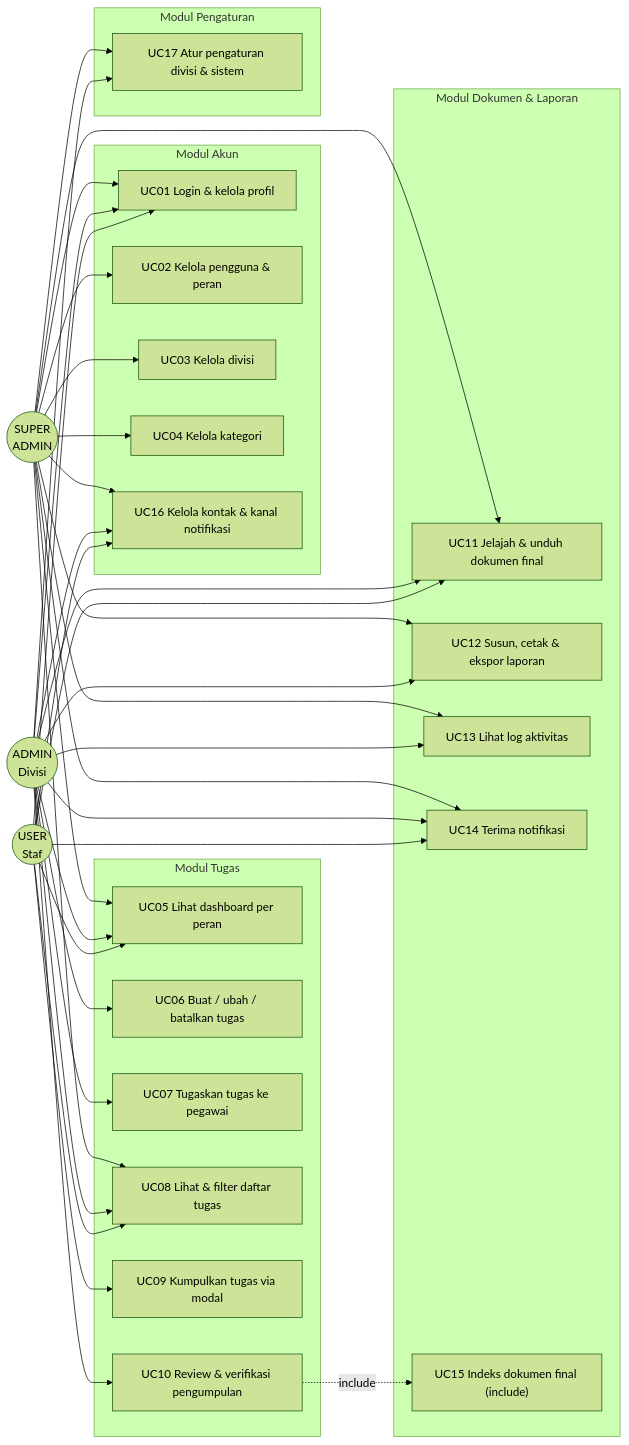
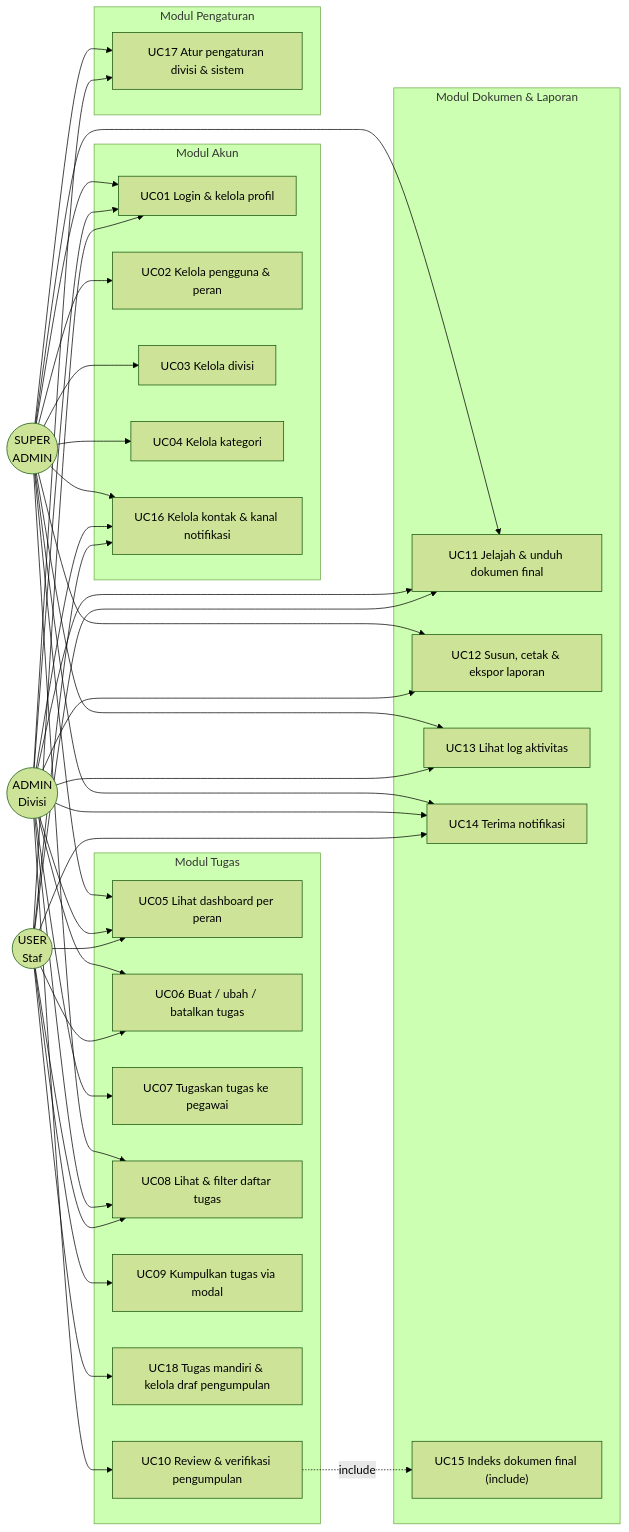
Before and after one commit to fardzridz/simba: the second of 9 diagrams in RANCANGAN-SISTEM-v2.md, drawn with Mermaid (forest theme). The commit also changed other lines of this file and 22 other files, not shown here.

Commit message:
tugas mandiri user, tarik pengumpulan, hapus berkas draf

````diff
--- a/RANCANGAN-SISTEM-v2.md
+++ b/RANCANGAN-SISTEM-v2.md
@@ -218,71 +238,74 @@
 ```mermaid
 graph LR
     U(("USER<br/>Staf"))
     A(("ADMIN<br/>Divisi"))
     SA(("SUPER<br/>ADMIN"))
 
     subgraph M1["Modul Akun"]
         UC01["UC01 Login & kelola profil"]
         UC02["UC02 Kelola pengguna & peran"]
         UC03["UC03 Kelola divisi"]
         UC04["UC04 Kelola kategori"]
         UC16["UC16 Kelola kontak & kanal notifikasi"]
     end
 
     subgraph M2["Modul Tugas"]
         UC05["UC05 Lihat dashboard per peran"]
         UC06["UC06 Buat / ubah / batalkan tugas"]
         UC07["UC07 Tugaskan tugas ke pegawai"]
         UC08["UC08 Lihat & filter daftar tugas"]
         UC09["UC09 Kumpulkan tugas via modal"]
+        UC18["UC18 Tugas mandiri & kelola draf pengumpulan"]
         UC10["UC10 Review & verifikasi pengumpulan"]
     end
 
     subgraph M3["Modul Dokumen & Laporan"]
         UC11["UC11 Jelajah & unduh dokumen final"]
         UC12["UC12 Susun, cetak & ekspor laporan"]
         UC13["UC13 Lihat log aktivitas"]
         UC14["UC14 Terima notifikasi"]
         UC15["UC15 Indeks dokumen final (include)"]
     end
 
     subgraph M4["Modul Pengaturan"]
         UC17["UC17 Atur pengaturan divisi & sistem"]
     end
 
     U --> UC01
     U --> UC05
+    U --> UC06
     U --> UC08
     U --> UC09
+    U --> UC18
     U --> UC11
     U --> UC14
     U --> UC16
 
     A --> UC01
     A --> UC05
     A --> UC06
     A --> UC07
     A --> UC08
     A --> UC10
     A --> UC11
     A --> UC12
     A --> UC13
     A --> UC14
     A --> UC16
     A --> UC17
 
     SA --> UC01
     SA --> UC02
     SA --> UC03
     SA --> UC04
     SA --> UC05
     SA --> UC08
     SA --> UC11
     SA --> UC12
     SA --> UC13
     SA --> UC14
     SA --> UC16
     SA --> UC17
 
     UC10 -.->|include| UC15
 ```
````
